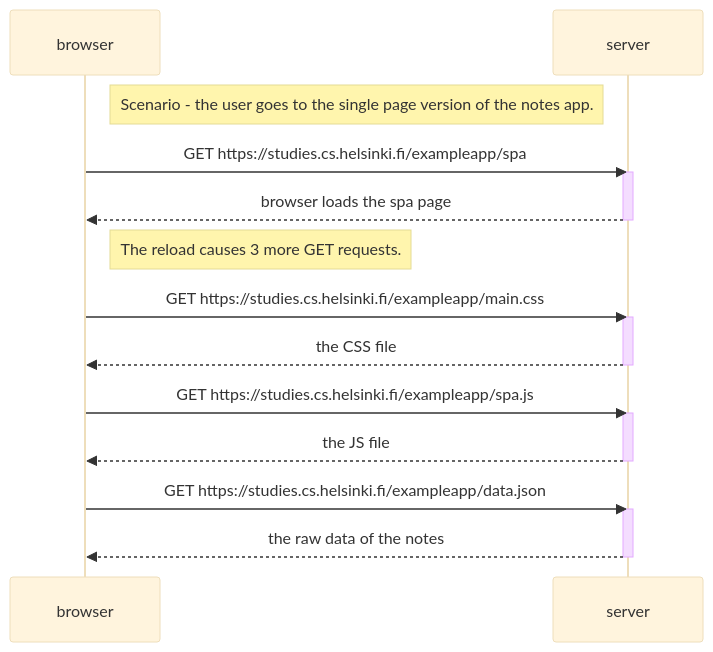
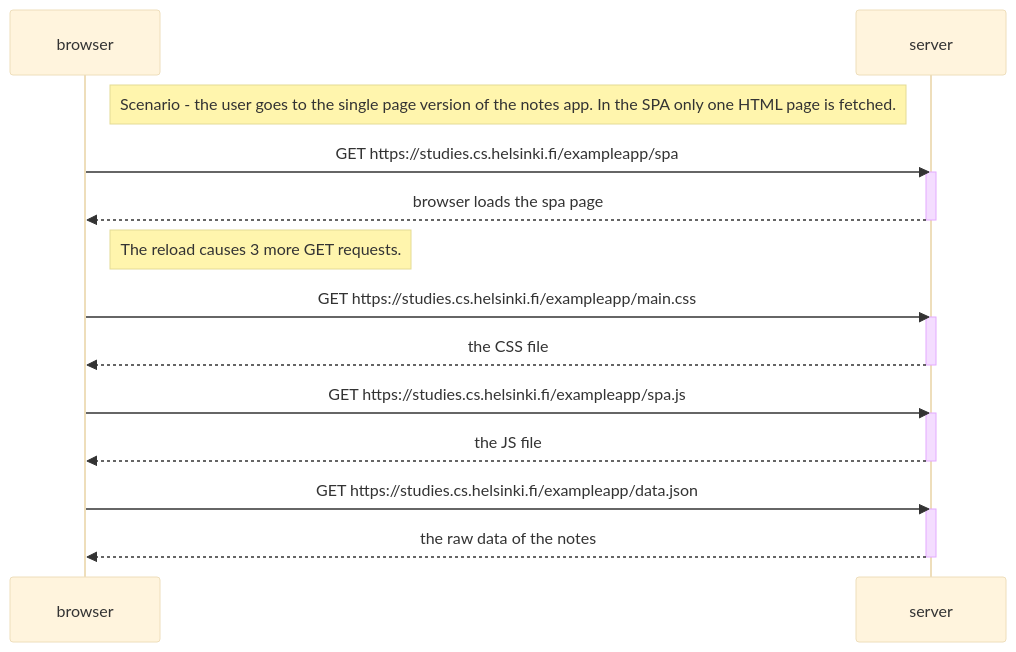
Before and after one commit to EmCarlss/UHelsinki_full_stack_open: the diagram in part0/Sequence_d0.5_spa.md, drawn with Mermaid (base theme).

````diff
--- a/part0/Sequence_d0.5_spa.md
+++ b/part0/Sequence_d0.5_spa.md
@@ -2,29 +2,29 @@
 ```mermaid
 sequenceDiagram
     participant browser
     participant server
 
-    Note right of browser: Scenario - the user goes to the single page version of the notes app.
+    Note right of browser: Scenario - the user goes to the single page version of the notes app. In the SPA only one HTML page is fetched.
 
     browser->>server: GET https://studies.cs.helsinki.fi/exampleapp/spa
     activate server
     server-->>browser: browser loads the spa page 
     deactivate server
 
     Note right of browser: The reload causes 3 more GET requests.
     
     browser->>server: GET https://studies.cs.helsinki.fi/exampleapp/main.css
     activate server
     server-->>browser: the CSS file
     deactivate server
 
     browser->>server: GET https://studies.cs.helsinki.fi/exampleapp/spa.js
     activate server
     server-->>browser: the JS file
     deactivate server
 
     browser->>server: GET https://studies.cs.helsinki.fi/exampleapp/data.json
     activate server
     server-->>browser: the raw data of the notes
     deactivate server
 ```
````
